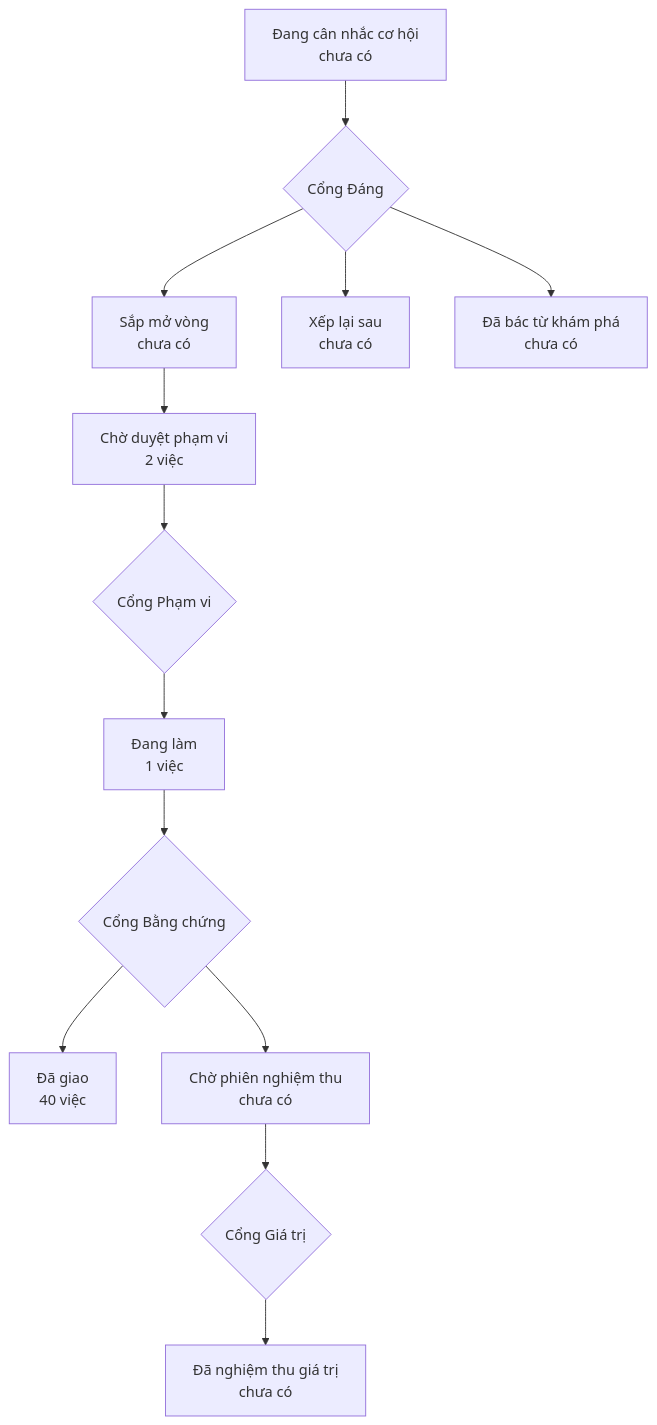
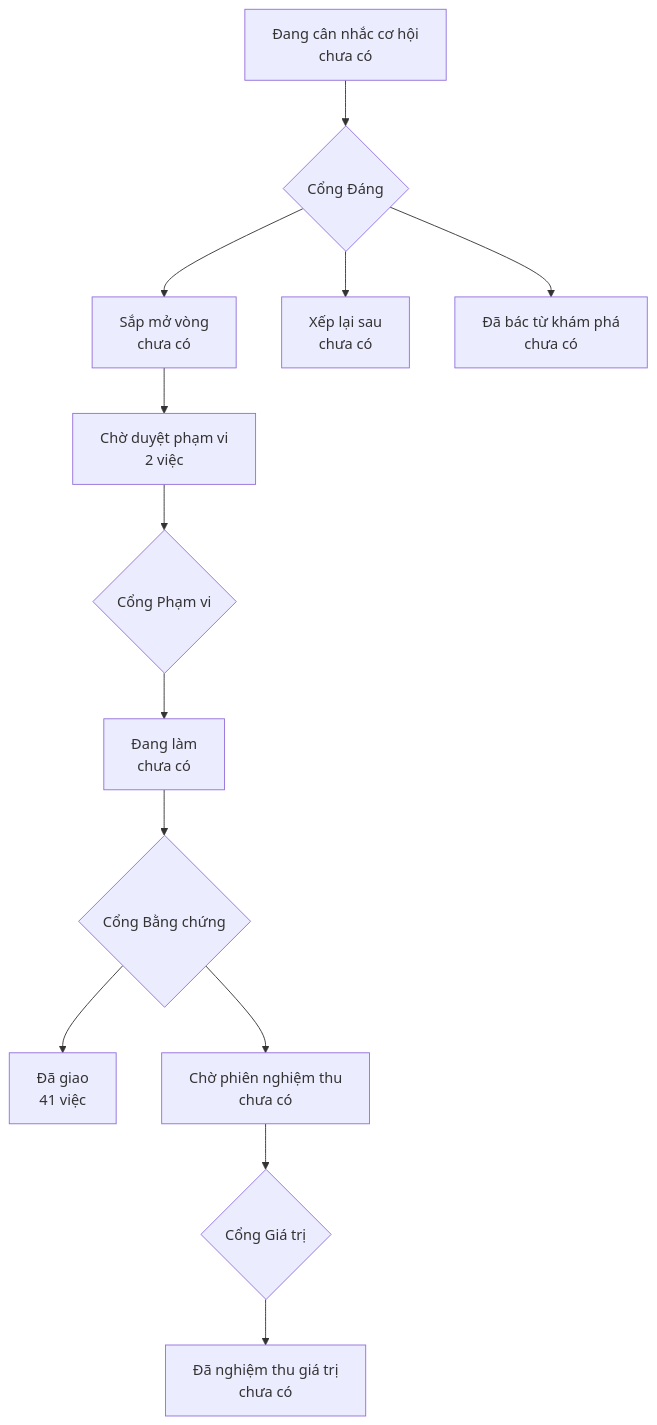
One commit to phanlemanh/acceptance-gate-kit changed the diagram in PRODUCT-MAP.md. Above: the diagram before and after it, drawn with Mermaid. The commit also changed other lines of this file, not shown here.

Commit message:
chore: vẽ lại bản đồ sản phẩm sau chữ ký Cổng 2 của veto-co-dau-vet
LẶP LẠI LẦN HAI trong cùng phiên (PR #49 đã dẫm y hệt): commit chữ ký đổi
trạng thái hồ sơ verified → signed-off nên bản đồ lệch, mà đường ký thủ công
không có bước vẽ lại. Lệnh /signoff có bước này; làm tay thì rơi.

````diff
--- a/PRODUCT-MAP.md
+++ b/PRODUCT-MAP.md
@@ -6,12 +6,12 @@
 ```mermaid
 flowchart TD
   A["Đang cân nhắc cơ hội<br/>chưa có"] --> GD{"Cổng Đáng"}
   GD --> B["Sắp mở vòng<br/>chưa có"]
   GD --> XL["Xếp lại sau<br/>chưa có"]
   GD --> DB["Đã bác từ khám phá<br/>chưa có"]
   B --> CD["Chờ duyệt phạm vi<br/>2 việc"] --> GP{"Cổng Phạm vi"}
-  GP --> DL["Đang làm<br/>1 việc"] --> GB{"Cổng Bằng chứng"}
-  GB --> DG["Đã giao<br/>40 việc"]
+  GP --> DL["Đang làm<br/>chưa có"] --> GB{"Cổng Bằng chứng"}
+  GB --> DG["Đã giao<br/>41 việc"]
   GB --> CN["Chờ phiên nghiệm thu<br/>chưa có"] --> GG{"Cổng Giá trị"}
   GG --> NT["Đã nghiệm thu giá trị<br/>chưa có"]
 ```
````
